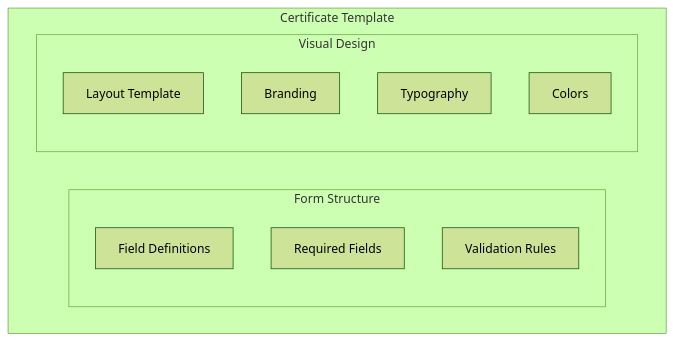
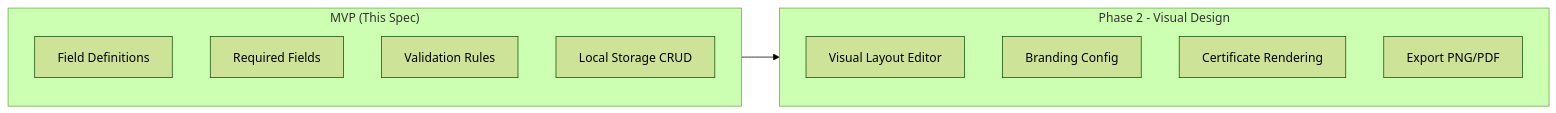
Before and after one commit to hiepthach/CertifyCKB: the diagram in doc/Design_spec/05_Template_Service.md, drawn with Mermaid (forest theme). The commit also changed other lines of this file and 7 other files, not shown here.

Commit message:
feat: implement certificate template service with MVP form structure and refactor Spore SDK integration

````diff
--- a/doc/Design_spec/05_Template_Service.md
+++ b/doc/Design_spec/05_Template_Service.md
@@ -24,17 +24,18 @@
 ```mermaid
-graph TD
-    subgraph Template["Certificate Template"]
-        subgraph Form["Form Structure"]
-            F1["Field Definitions"]
-            F2["Required Fields"]
-            F3["Validation Rules"]
-        end
+graph LR
+    subgraph MVP["MVP (This Spec)"]
+        M1["Field Definitions"]
+        M2["Required Fields"]
+        M3["Validation Rules"]
+        M4["Local Storage CRUD"]
+    end
 
-        subgraph Visual["Visual Design"]
-            V1["Layout Template"]
-            V2["Branding"]
-            V3["Typography"]
-            V4["Colors"]
-        end
+    subgraph Phase2["Phase 2 - Visual Design"]
+        P1["Visual Layout Editor"]
+        P2["Branding Config"]
+        P3["Certificate Rendering"]
+        P4["Export PNG/PDF"]
     end
+
+    MVP --> Phase2
 ```
````
